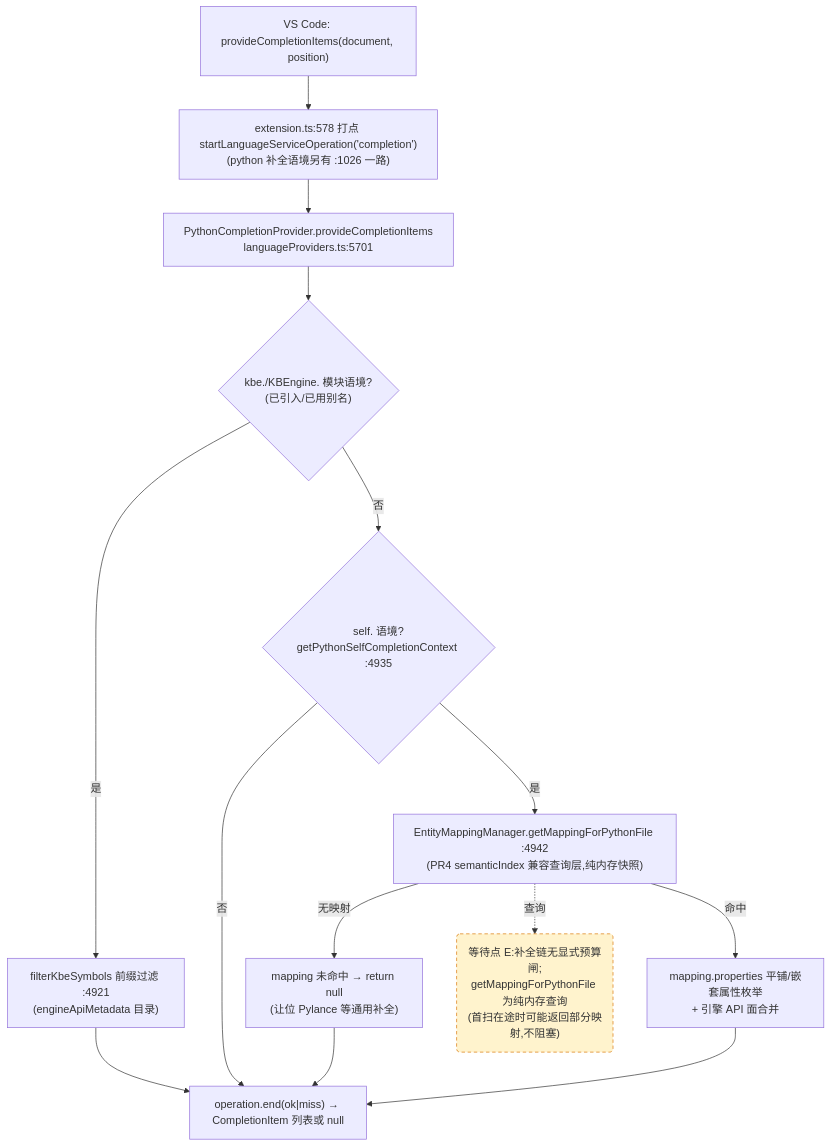
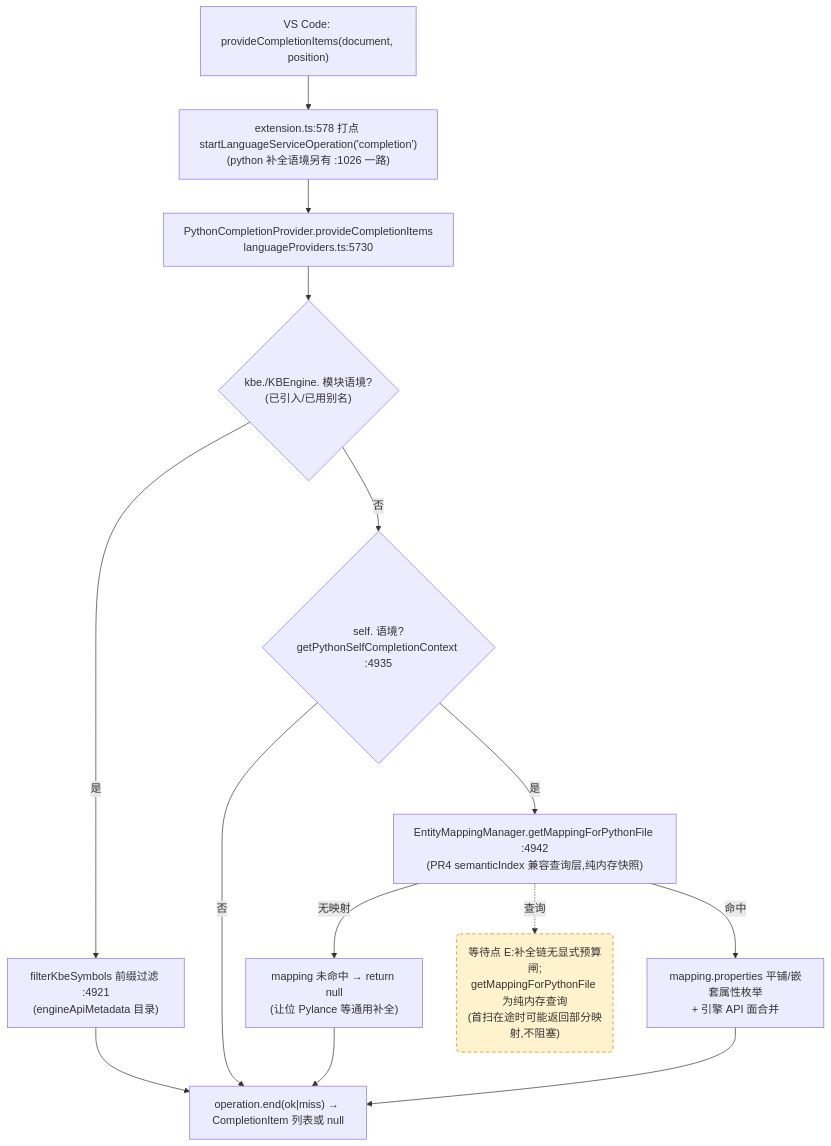
One commit to cuihairu/kode changed the third of 4 diagrams in docs/perf/2026-baseline.md. Above: the diagram before and after it, drawn with Mermaid. The commit also changed other lines of this file and 15 other files, not shown here.

````diff
--- a/docs/perf/2026-baseline.md
+++ b/docs/perf/2026-baseline.md
@@ -184,27 +184,27 @@
 ```mermaid
 flowchart TD
   VC3["VS Code: provideCompletionItems(document, position)"]
   M3["extension.ts:578 打点 startLanguageServiceOperation('completion')<br/>(python 补全语境另有 :1026 一路)"]
-  CP["PythonCompletionProvider.provideCompletionItems<br/>languageProviders.ts:5701"]
+  CP["PythonCompletionProvider.provideCompletionItems<br/>languageProviders.ts:5730"]
   KBEC{"kbe./KBEngine. 模块语境?<br/>(已引入/已用别名)"}
   FILTER["filterKbeSymbols 前缀过滤 :4921<br/>(engineApiMetadata 目录)"]
   SELFC{"self. 语境?<br/>getPythonSelfCompletionContext :4935"}
   MAP["EntityMappingManager.getMappingForPythonFile :4942<br/>(PR4 semanticIndex 兼容查询层,纯内存快照)"]
   NOMAP["mapping 未命中 → return null<br/>(让位 Pylance 等通用补全)"]
   PROPS["mapping.properties 平铺/嵌套属性枚举<br/>+ 引擎 API 面合并"]
   END3["operation.end(ok|miss) → CompletionItem 列表或 null"]
 
   VC3 --> M3 --> CP --> KBEC
   KBEC -- "是" --> FILTER --> END3
   KBEC -- "否" --> SELFC
   SELFC -- "否" --> END3
   SELFC -- "是" --> MAP
   MAP -- "无映射" --> NOMAP --> END3
   MAP -- "命中" --> PROPS --> END3
 
   WAITE("等待点 E:补全链无显式预算闸;<br/>getMappingForPythonFile 为纯内存查询<br/>(首扫在途时可能返回部分映射,不阻塞)")
   MAP -.->|查询| WAITE
 
   classDef waitPoint fill:#fff3cd,stroke:#d97706,stroke-dasharray:5 4;
   class WAITE waitPoint;
 ```
````
